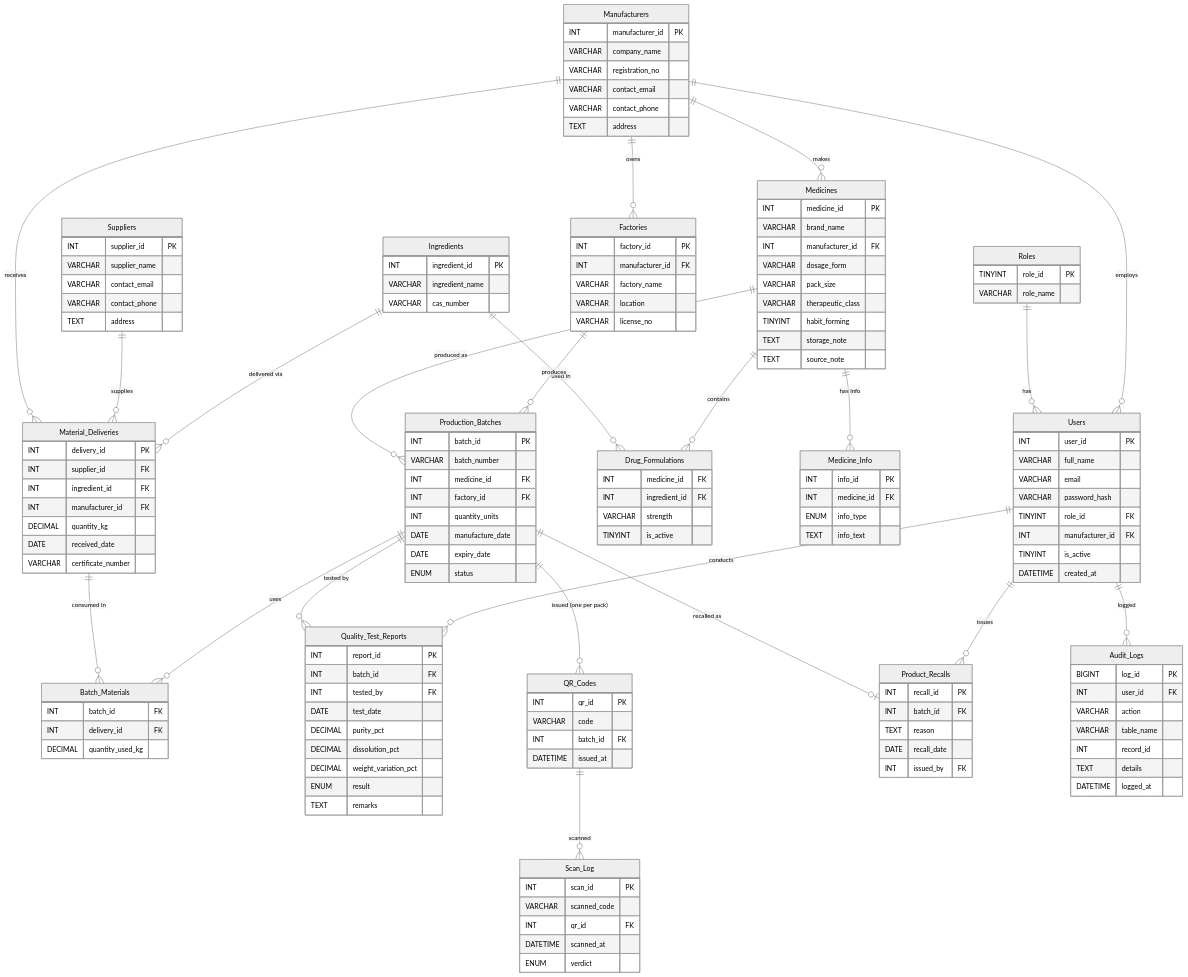
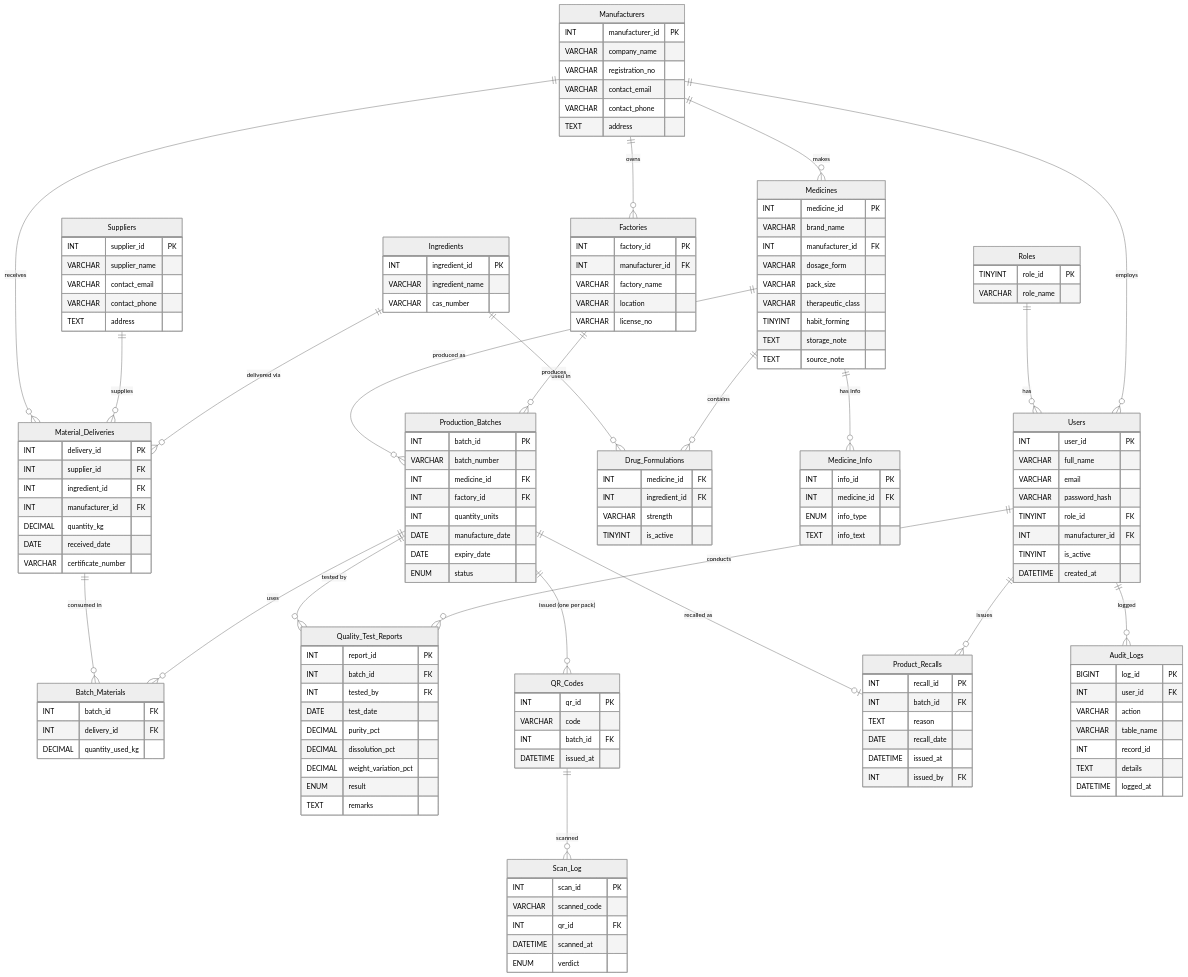
One commit to AdityaB411/PharmaTrace360 changed the diagram in docs/er_diagram.md. Above: the diagram before and after it, drawn with Mermaid (neutral theme). The commit also changed 32 other files, not shown here.

```diff
--- a/docs/er_diagram.md
+++ b/docs/er_diagram.md
@@ -142,6 +142,7 @@
         INT batch_id FK
         TEXT reason
         DATE recall_date
+        DATETIME issued_at
         INT issued_by FK
     }
 
```
